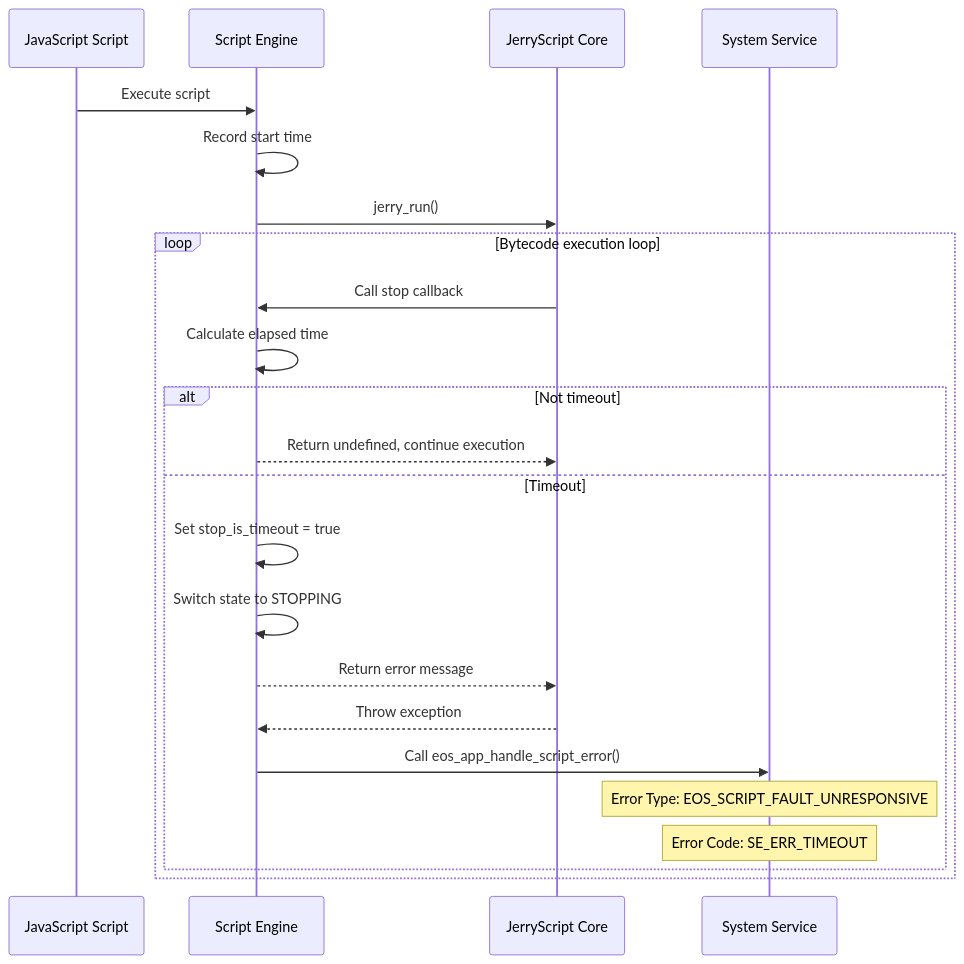
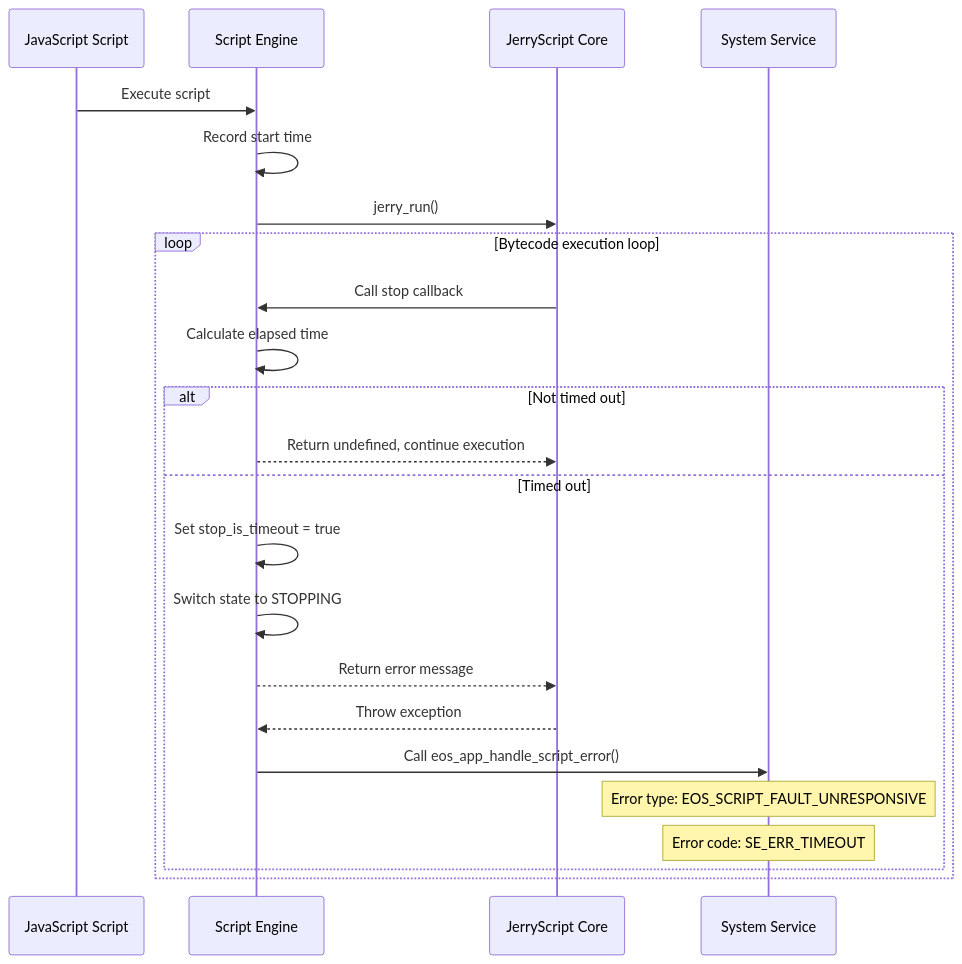
Before and after one commit to fossabot/ElenixOS-Docs: the sixth of 6 diagrams in i18n/en/docusaurus-plugin-content-docs/current/architecture/script_engine.mdx, drawn with Mermaid. The commit also changed other lines of this file and 47 other files, not shown here.

First line of the commit message:
docs: Update multiple documentation files and add architecture and component documentation

````diff
--- a/i18n/en/docusaurus-plugin-content-docs/current/architecture/script_engine.mdx
+++ b/i18n/en/docusaurus-plugin-content-docs/current/architecture/script_engine.mdx
@@ -254,27 +560,27 @@
 ```mermaid
 sequenceDiagram
     participant Script as JavaScript Script
     participant Engine as Script Engine
     participant Jerry as JerryScript Core
     participant System as System Service
 
     Script->>Engine: Execute script
     Engine->>Engine: Record start time
     Engine->>Jerry: jerry_run()
-    
+
     loop Bytecode execution loop
         Jerry->>Engine: Call stop callback
         Engine->>Engine: Calculate elapsed time
-        alt Not timeout
+        alt Not timed out
             Engine-->>Jerry: Return undefined, continue execution
-        else Timeout
+        else Timed out
             Engine->>Engine: Set stop_is_timeout = true
             Engine->>Engine: Switch state to STOPPING
             Engine-->>Jerry: Return error message
             Jerry-->>Engine: Throw exception
             Engine->>System: Call eos_app_handle_script_error()
-            Note over System: Error Type: EOS_SCRIPT_FAULT_UNRESPONSIVE
-            Note over System: Error Code: SE_ERR_TIMEOUT
+            Note over System: Error type: EOS_SCRIPT_FAULT_UNRESPONSIVE
+            Note over System: Error code: SE_ERR_TIMEOUT
         end
     end
 ```
````
